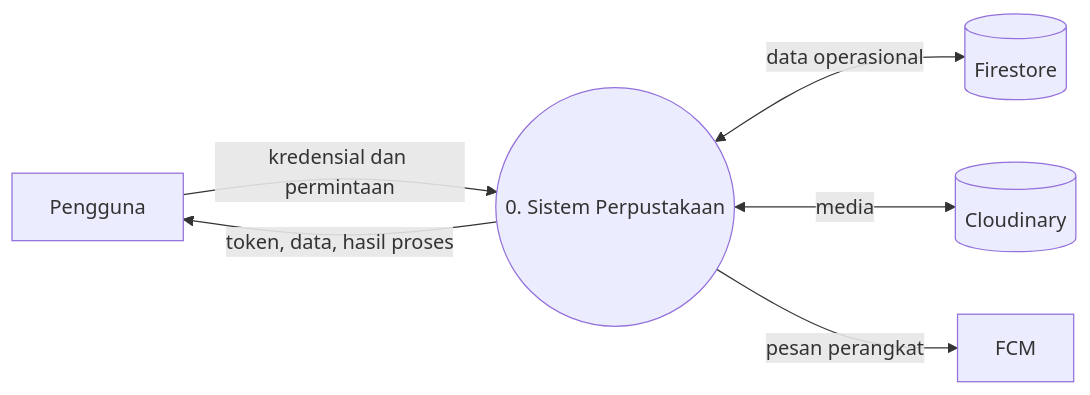
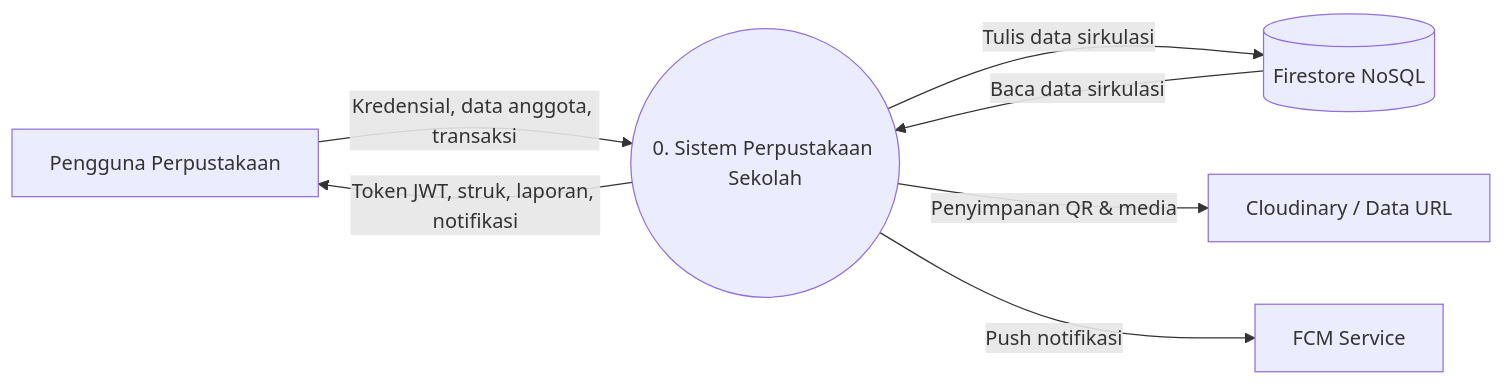
Before and after one commit to karinatantri/Perpustakaan: the fourth of 16 diagrams in Readme.md, drawn with Mermaid. The commit also changed other lines of this file and 27 other files, not shown here.

````diff
--- a/Readme.md
+++ b/Readme.md
@@ -244,8 +285,9 @@
 ```mermaid
 flowchart LR
-  U[Pengguna] -->|kredensial dan permintaan| P0((0. Sistem Perpustakaan))
-  P0 -->|token, data, hasil proses| U
-  P0 <-->|data operasional| D[(Firestore)]
-  P0 <-->|media| C[(Cloudinary)]
-  P0 -->|pesan perangkat| N[FCM]
+  U["Pengguna Perpustakaan"] -->|"Kredensial, data anggota, transaksi"| P0(("0. Sistem Perpustakaan Sekolah"))
+  P0 -->|"Token JWT, struk, laporan, notifikasi"| U
+  P0 -->|"Tulis data sirkulasi"| D[("Firestore NoSQL")]
+  D -->|"Baca data sirkulasi"| P0
+  P0 -->|"Penyimpanan QR & media"| C["Cloudinary / Data URL"]
+  P0 -->|"Push notifikasi"| N["FCM Service"]
 ```
````
